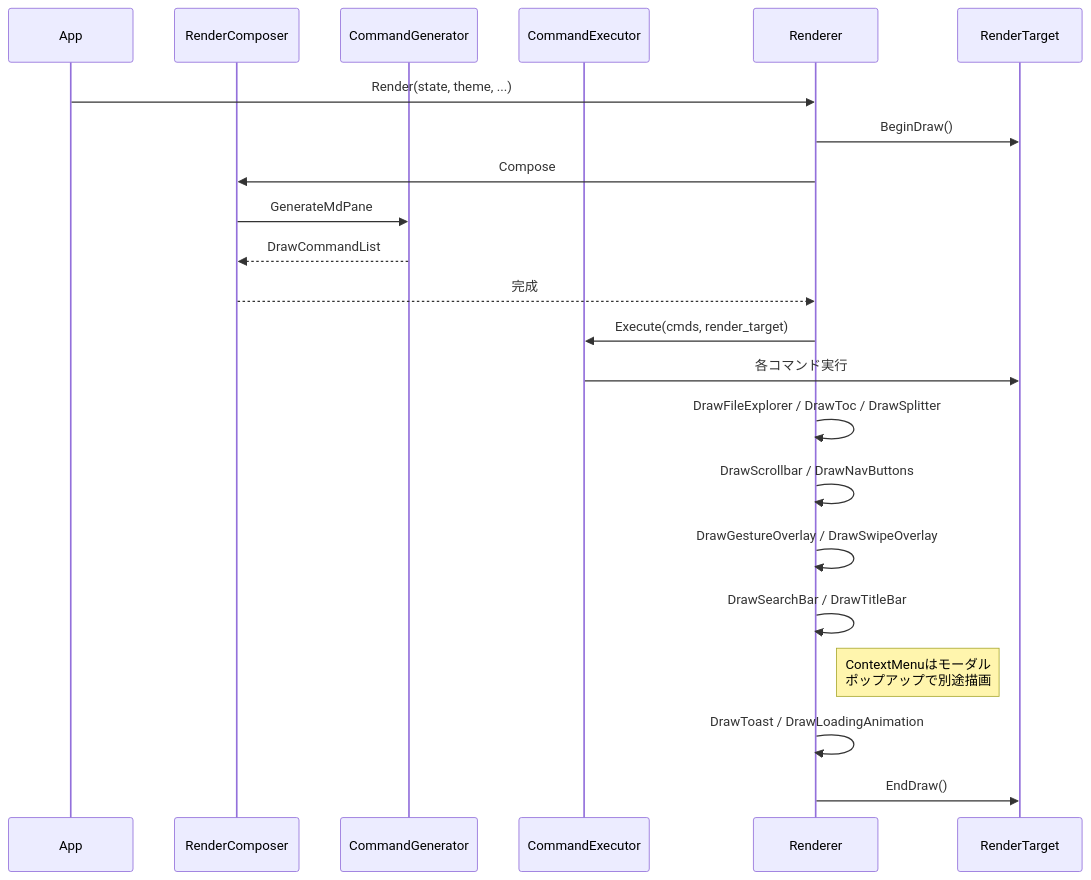
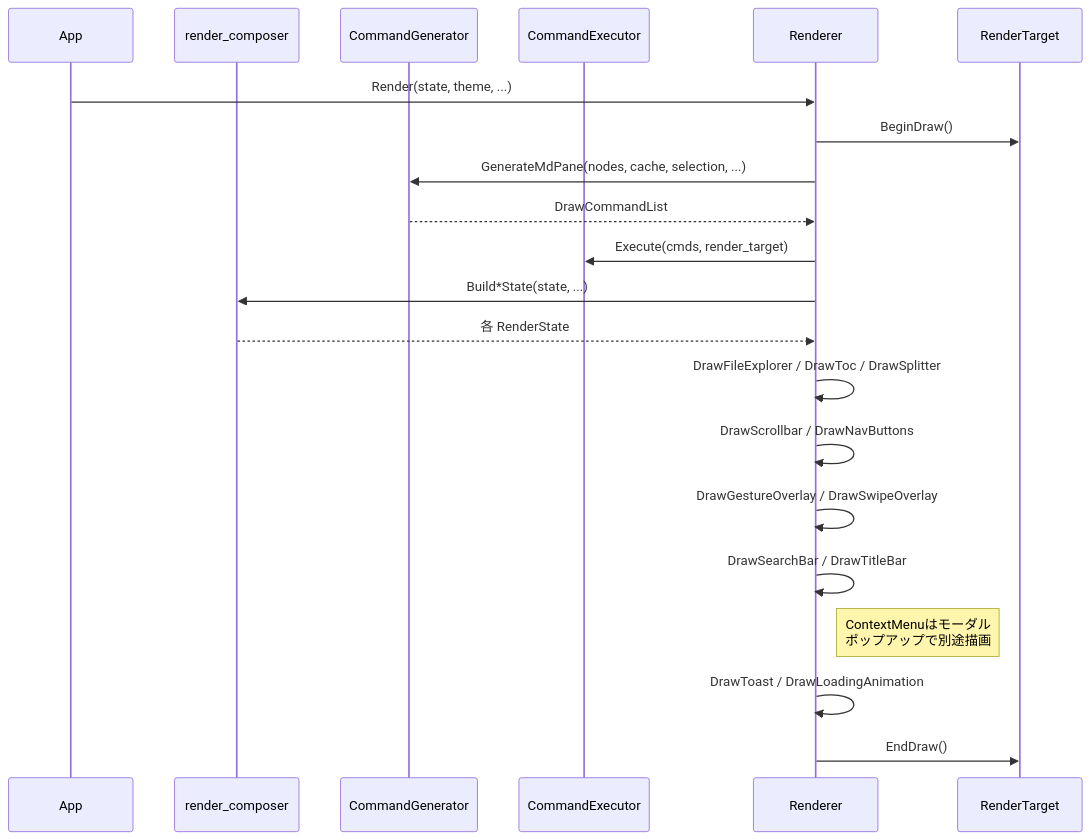
Before and after one commit to tanaton/mendo: diagram 19 of 27 in example/test.md, drawn with Mermaid. The commit also changed other lines of this file, not shown here.

````diff
--- a/example/test.md
+++ b/example/test.md
@@ -2296,25 +2790,24 @@
 ```mermaid
 sequenceDiagram
     participant APP as App
-    participant RC as RenderComposer
+    participant RC as render_composer
     participant CG as CommandGenerator
     participant CE as CommandExecutor
     participant R as Renderer
     participant RT as RenderTarget
 
     APP->>R: Render(state, theme, ...)
     R->>RT: BeginDraw()
-    R->>RC: Compose
-    RC->>CG: GenerateMdPane
-    CG-->>RC: DrawCommandList
-    RC-->>R: 完成
+    R->>CG: GenerateMdPane(nodes, cache, selection, ...)
+    CG-->>R: DrawCommandList
     R->>CE: Execute(cmds, render_target)
-    CE->>RT: 各コマンド実行
+    R->>RC: Build*State(state, ...)
+    RC-->>R: 各 RenderState
     R->>R: DrawFileExplorer / DrawToc / DrawSplitter
     R->>R: DrawScrollbar / DrawNavButtons
     R->>R: DrawGestureOverlay / DrawSwipeOverlay
     R->>R: DrawSearchBar / DrawTitleBar
     Note right of R: ContextMenuはモーダル<br>ポップアップで別途描画
     R->>R: DrawToast / DrawLoadingAnimation
     R->>RT: EndDraw()
 ```
````
